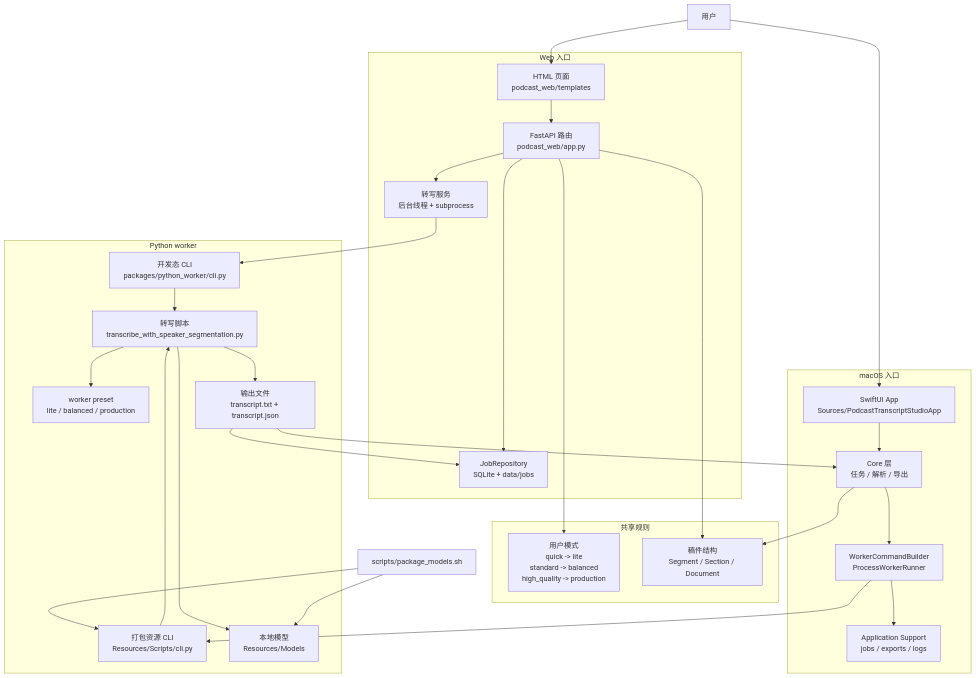
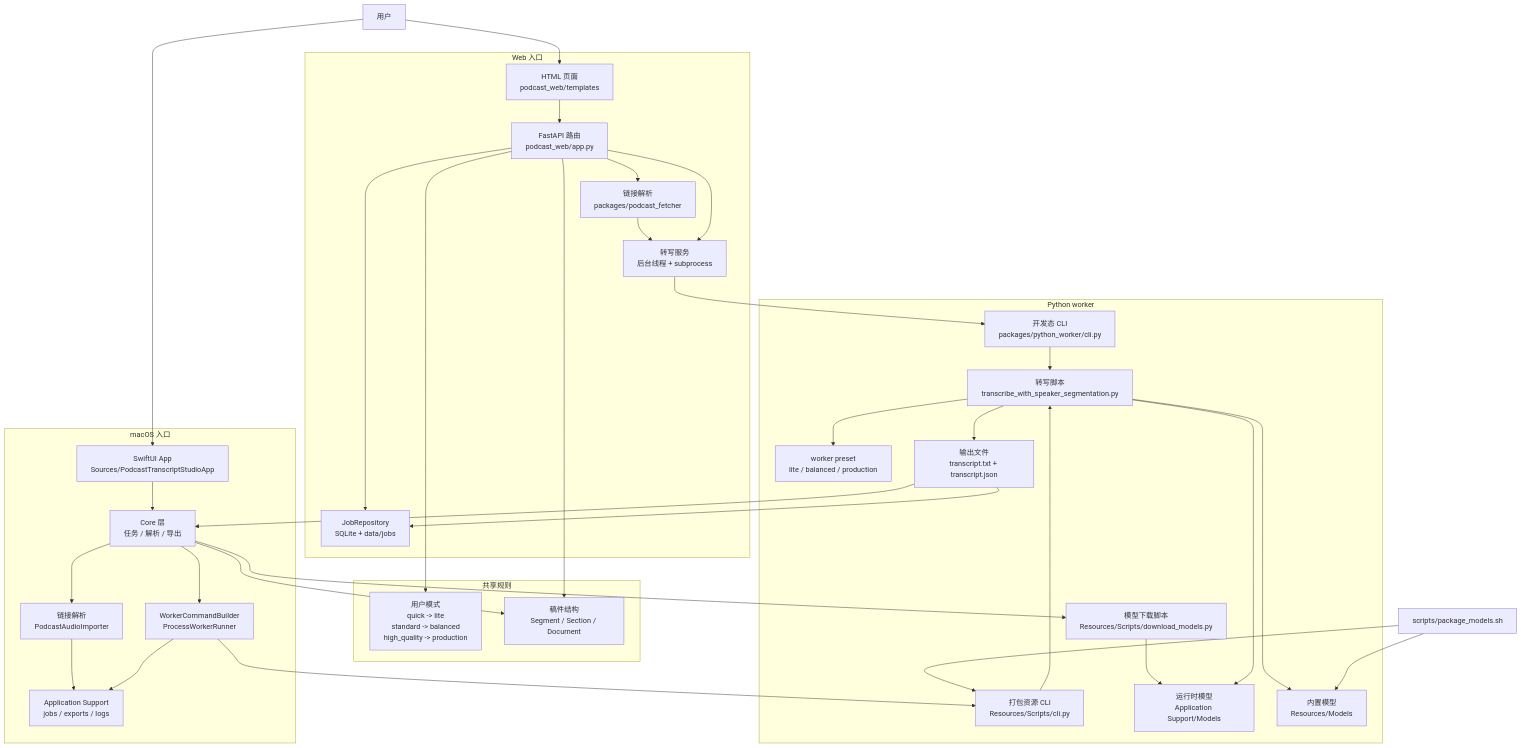
Before and after one commit to IchenDEV/podcast-transcript-studio: the diagram in docs/developer/architecture.md, drawn with Mermaid. The commit also changed other lines of this file and 37 other files, not shown here.

Commit message:
feat: add podcast import and macOS app polish

````diff
--- a/docs/developer/architecture.md
+++ b/docs/developer/architecture.md
@@ -18,60 +18,71 @@
 ```mermaid
 flowchart TB
     User["用户"]
 
     subgraph WebEntry["Web 入口"]
         WebPage["HTML 页面<br/>podcast_web/templates"]
         FastAPI["FastAPI 路由<br/>podcast_web/app.py"]
+        PodcastFetcher["链接解析<br/>packages/podcast_fetcher"]
         WebRepo["JobRepository<br/>SQLite + data/jobs"]
         WebService["转写服务<br/>后台线程 + subprocess"]
     end
 
     subgraph MacEntry["macOS 入口"]
         SwiftUI["SwiftUI App<br/>Sources/PodcastTranscriptStudioApp"]
         MacCore["Core 层<br/>任务 / 解析 / 导出"]
+        PodcastImporter["链接解析<br/>PodcastAudioImporter"]
         CommandBuilder["WorkerCommandBuilder<br/>ProcessWorkerRunner"]
         AppSupport["Application Support<br/>jobs / exports / logs"]
     end
 
     subgraph SharedRules["共享规则"]
         Modes["用户模式<br/>quick -> lite<br/>standard -> balanced<br/>high_quality -> production"]
         TranscriptCore["稿件结构<br/>Segment / Section / Document"]
     end
 
     subgraph Worker["Python worker"]
         DevCLI["开发态 CLI<br/>packages/python_worker/cli.py"]
         BundledCLI["打包资源 CLI<br/>Resources/Scripts/cli.py"]
+        ModelDownloader["模型下载脚本<br/>Resources/Scripts/download_models.py"]
         WorkerScript["转写脚本<br/>transcribe_with_speaker_segmentation.py"]
         Presets["worker preset<br/>lite / balanced / production"]
-        Models["本地模型<br/>Resources/Models"]
+        Models["运行时模型<br/>Application Support/Models"]
+        BundledModels["内置模型<br/>Resources/Models"]
         Outputs["输出文件<br/>transcript.txt + transcript.json"]
     end
 
     Packager["scripts/package_models.sh"]
 
     User --> WebPage --> FastAPI
     User --> SwiftUI --> MacCore
 
+    FastAPI --> PodcastFetcher
+    PodcastFetcher --> WebService
     FastAPI --> Modes
     FastAPI --> WebRepo
     FastAPI --> WebService
     WebService --> DevCLI
 
+    MacCore --> PodcastImporter
+    PodcastImporter --> AppSupport
     MacCore --> CommandBuilder
     CommandBuilder --> BundledCLI
     CommandBuilder --> AppSupport
+    MacCore --> ModelDownloader
+    ModelDownloader --> Models
 
     DevCLI --> WorkerScript
     BundledCLI --> WorkerScript
     WorkerScript --> Presets
     WorkerScript --> Models
+    WorkerScript --> BundledModels
     WorkerScript --> Outputs
 
     Outputs --> WebRepo
     Outputs --> MacCore
     FastAPI --> TranscriptCore
     MacCore --> TranscriptCore
 
     Packager --> BundledCLI
-    Packager --> Models
+    Packager --> BundledModels
 ```
````
